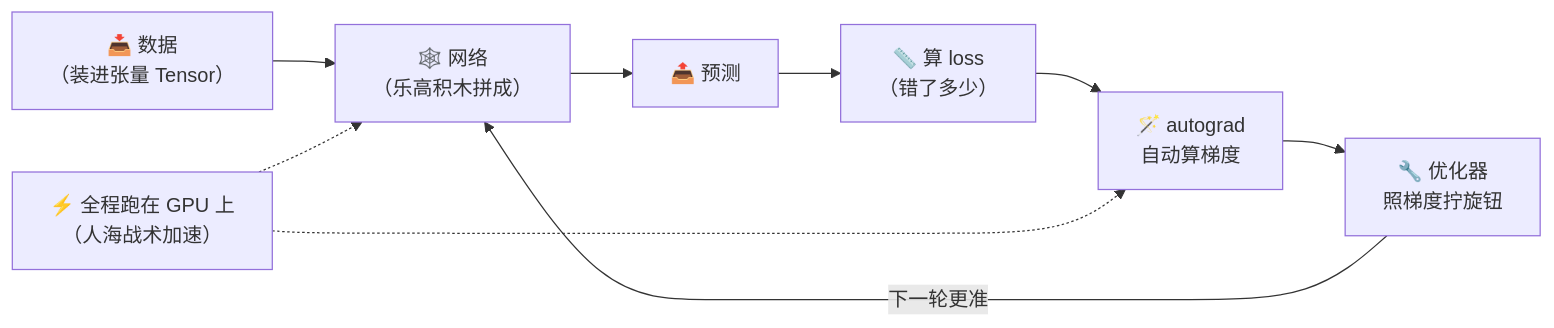
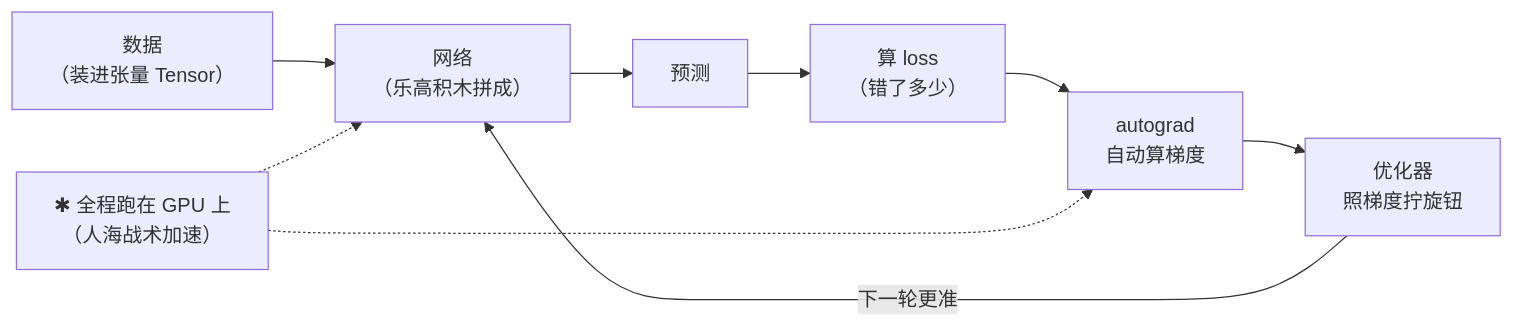
Before and after one commit to luckykhy/KhyAiHub: the fifth of 7 diagrams in docs/02_CONCEPTS_概念入门/CONCEPT/[CONCEPT-15] 什么是PyTorch-深度学习框架.md, drawn with Mermaid. The commit also changed other lines of this file and 19 other files, not shown here.

````diff
--- a/docs/02_CONCEPTS_概念入门/CONCEPT/[CONCEPT-15] 什么是PyTorch-深度学习框架.md
+++ b/docs/02_CONCEPTS_概念入门/CONCEPT/[CONCEPT-15] 什么是PyTorch-深度学习框架.md
@@ -152,11 +152,11 @@
 ```mermaid
 flowchart LR
-  D["📥 数据<br/>（装进张量 Tensor）"] --> NET["🕸️ 网络<br/>（乐高积木拼成）"]
-  NET --> PRED["📤 预测"]
-  PRED --> LOSS["📏 算 loss<br/>（错了多少）"]
-  LOSS --> AG["🪄 autograd<br/>自动算梯度"]
-  AG --> OPT["🔧 优化器<br/>照梯度拧旋钮"]
+  D["数据<br/>（装进张量 Tensor）"] --> NET["网络<br/>（乐高积木拼成）"]
+  NET --> PRED["预测"]
+  PRED --> LOSS["算 loss<br/>（错了多少）"]
+  LOSS --> AG["autograd<br/>自动算梯度"]
+  AG --> OPT["优化器<br/>照梯度拧旋钮"]
   OPT -->|"下一轮更准"| NET
-  GPU["⚡ 全程跑在 GPU 上<br/>（人海战术加速）"] -.-> NET
+  GPU["✱ 全程跑在 GPU 上<br/>（人海战术加速）"] -.-> NET
   GPU -.-> AG
 ```
````
